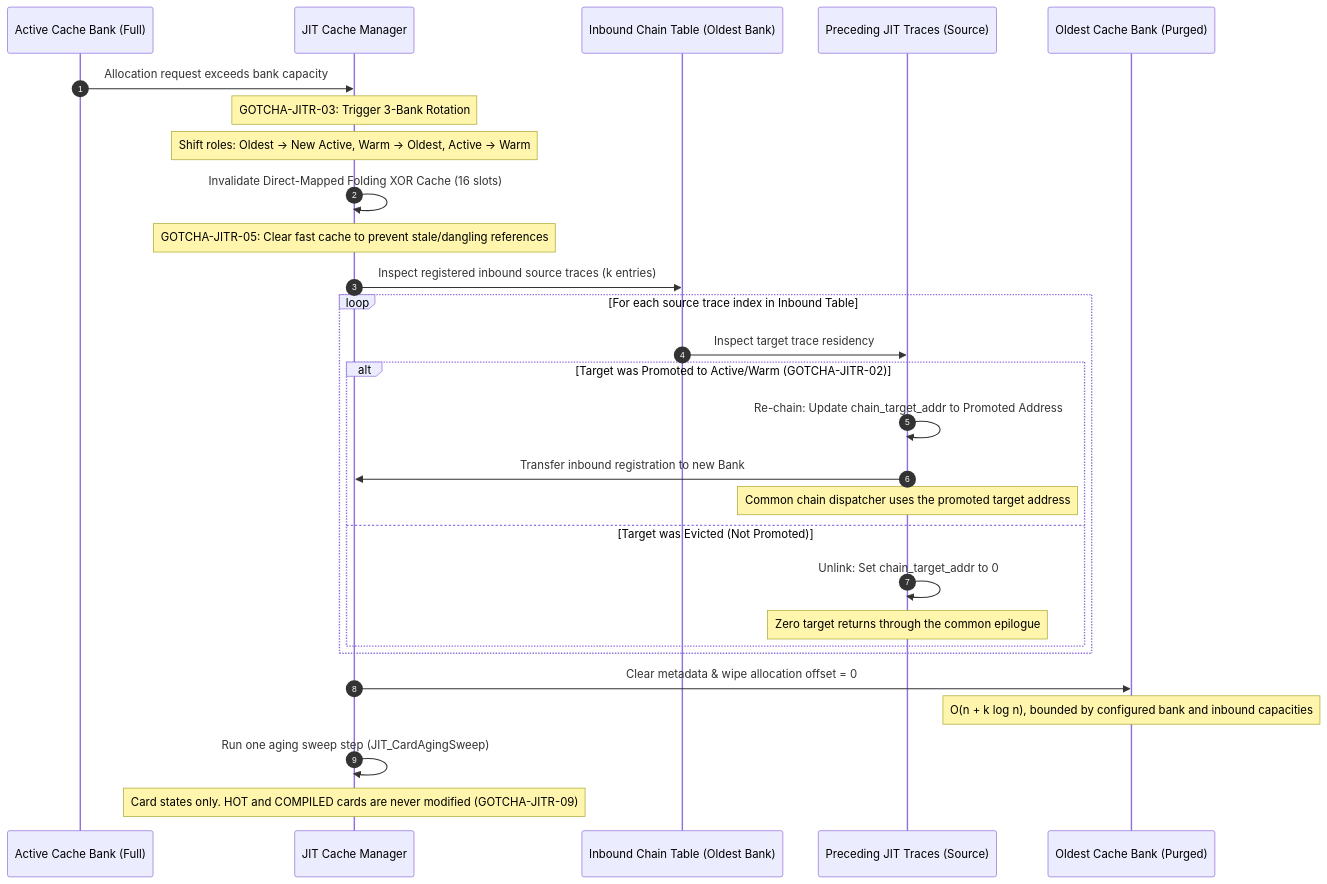
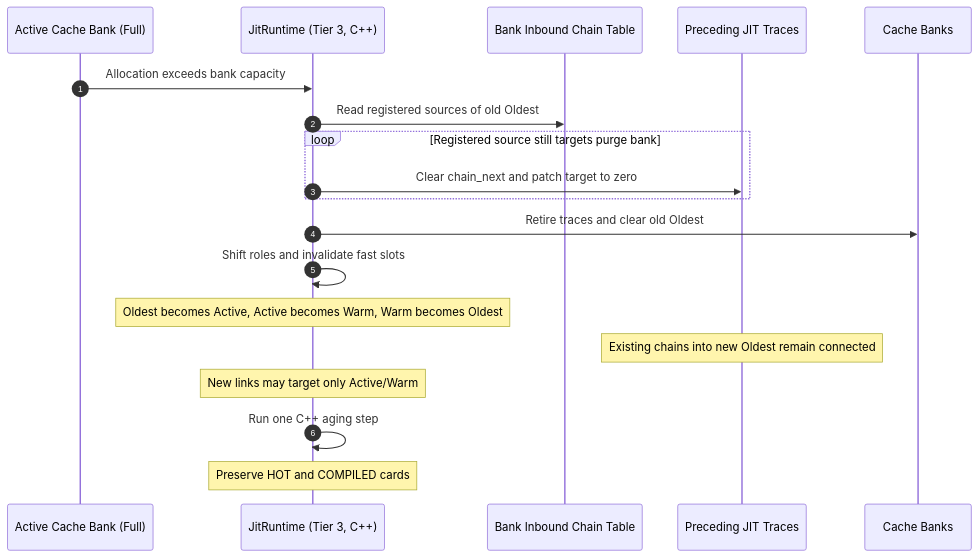
The fourth of 6 diagrams in docs/components/tier3_plugins/jit_runtime.md (kmt-t/fireball), drawn with Mermaid before and after one commit. The commit also changed other lines of this file and 48 other files, not shown here.

First line of the commit message:
refactor(jit): move cache and profiling ownership into C++

````diff
--- a/docs/components/tier3_plugins/jit_runtime.md
+++ b/docs/components/tier3_plugins/jit_runtime.md
@@ -225,35 +239,22 @@
 ```mermaid
 sequenceDiagram
     autonumber
     participant Active as Active Cache Bank (Full)
-    participant Mgr as JIT Cache Manager
-    participant Inbound as Inbound Chain Table (Oldest Bank)
-    participant Source as Preceding JIT Traces (Source)
-    participant Oldest as Oldest Cache Bank (Purged)
+    participant Mgr as JitRuntime (Tier 3, C++)
+    participant Inbound as Bank Inbound Chain Table
+    participant Source as Preceding JIT Traces
+    participant Bank as Cache Banks
 
-    Active->>Mgr: Allocation request exceeds bank capacity
-    Note over Mgr: GOTCHA-JITR-03: Trigger 3-Bank Rotation
-    Note over Mgr: Shift roles: Oldest -> New Active, Warm -> Oldest, Active -> Warm
-
-    Mgr->>Mgr: Invalidate Direct-Mapped Folding XOR Cache (16 slots)
-    Note over Mgr: GOTCHA-JITR-05: Clear fast cache to prevent stale/dangling references
-
-    Mgr->>Inbound: Inspect registered inbound source traces (k entries)
-    loop For each source trace index in Inbound Table
-        Inbound->>Source: Inspect target trace residency
-        alt Target was Promoted to Active/Warm (GOTCHA-JITR-02)
-            Source->>Source: Re-chain: Update chain_target_addr to Promoted Address
-            Source->>Mgr: Transfer inbound registration to new Bank
-            Note over Source: Common chain dispatcher uses the promoted target address
-        else Target was Evicted (Not Promoted)
-            Source->>Source: Unlink: Set chain_target_addr to 0
-            Note over Source: Zero target returns through the common epilogue
-        end
+    Active->>Mgr: Allocation exceeds bank capacity
+    Mgr->>Inbound: Read registered sources of old Oldest
+    loop Registered source still targets purge bank
+        Mgr->>Source: Clear chain_next and patch target to zero
     end
-
-    Mgr->>Oldest: Clear metadata & wipe allocation offset = 0
-    Note over Oldest: O(n + k log n), bounded by configured bank and inbound capacities
-
-    Mgr->>Mgr: Run one aging sweep step (JIT_CardAgingSweep)
-    Note over Mgr: Card states only. HOT and COMPILED cards are never modified (GOTCHA-JITR-09)
+    Mgr->>Bank: Retire traces and clear old Oldest
+    Mgr->>Mgr: Shift roles and invalidate fast slots
+    Note over Mgr: Oldest becomes Active, Active becomes Warm, Warm becomes Oldest
+    Note over Source: Existing chains into new Oldest remain connected
+    Note over Mgr: New links may target only Active/Warm
+    Mgr->>Mgr: Run one C++ aging step
+    Note over Mgr: Preserve HOT and COMPILED cards
 ```
````
